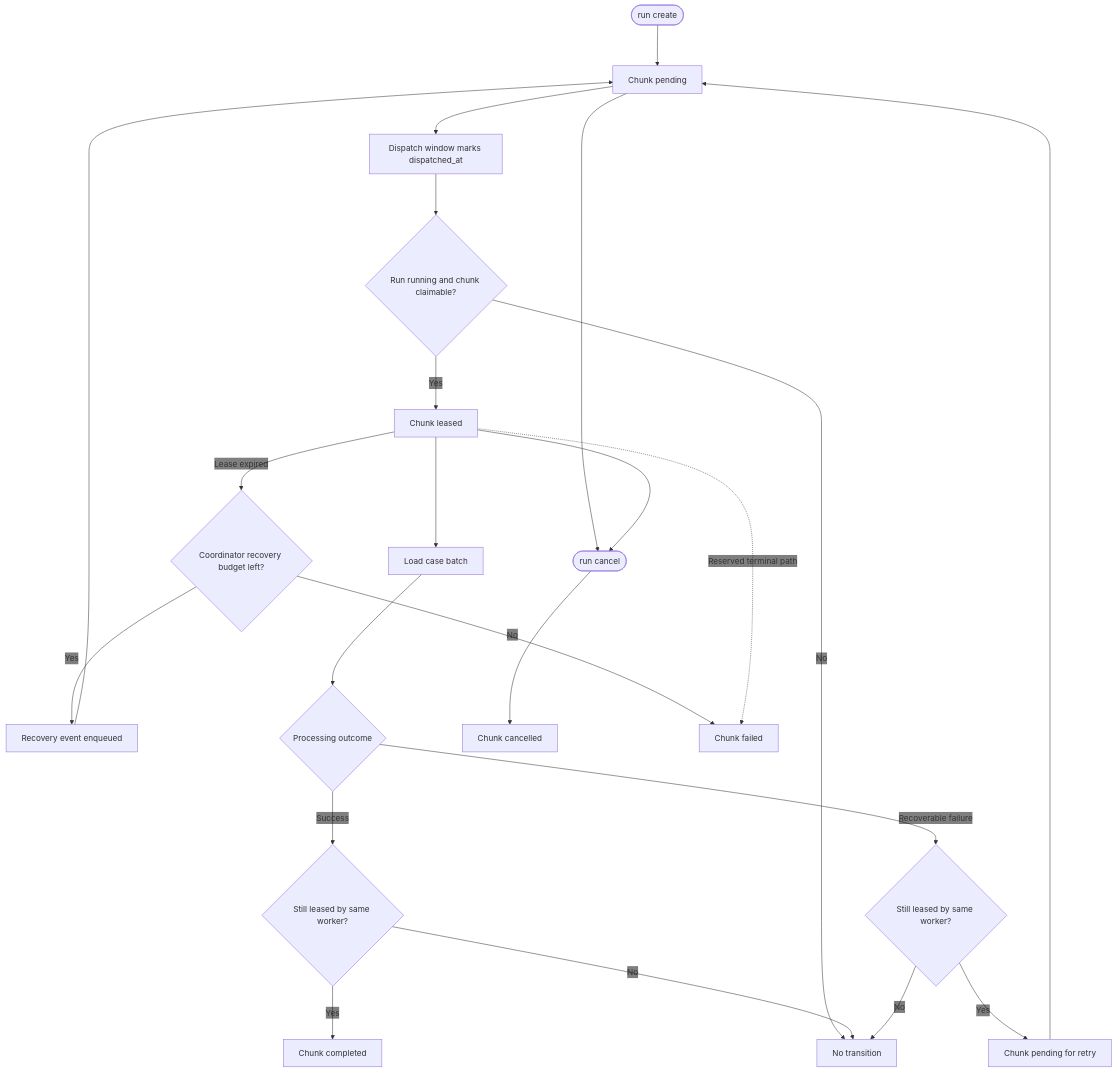
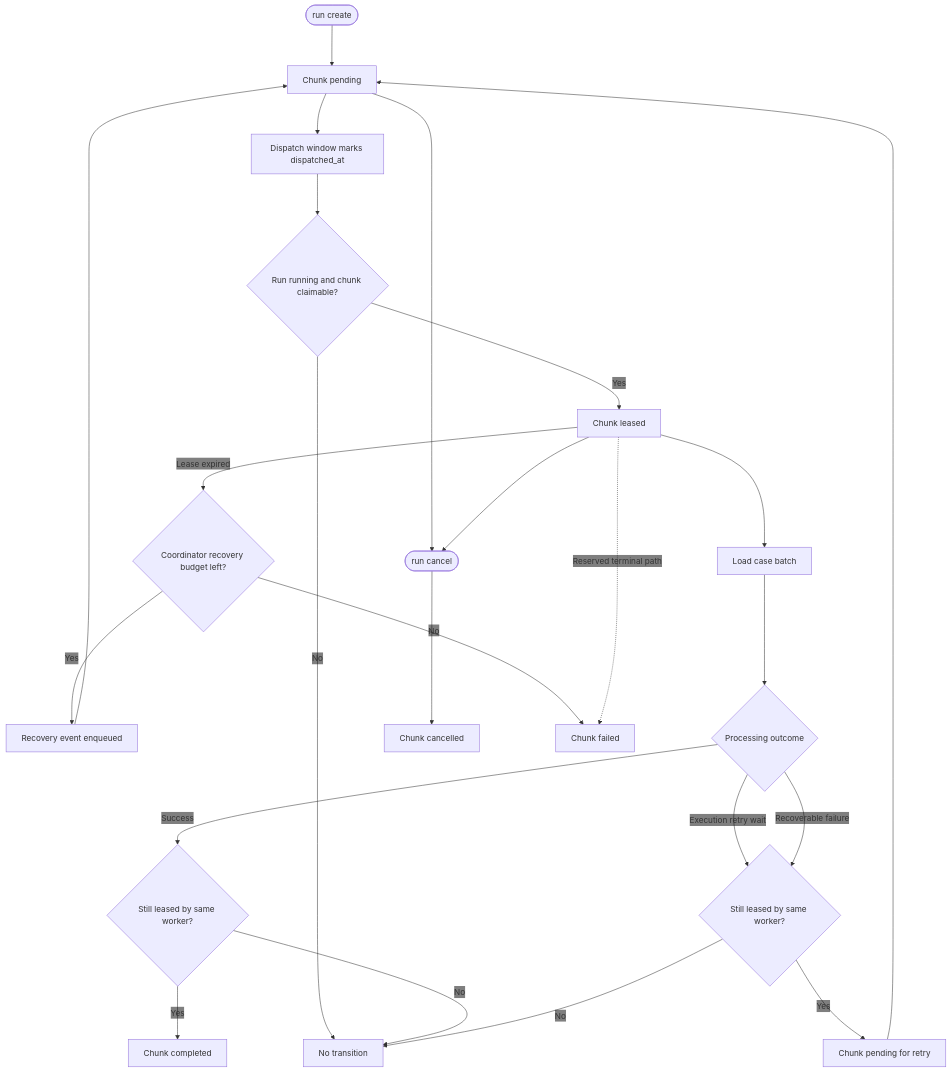
The diagram in web/docs/architecture/state/chunk-lifecycle/diagram.mmd (gregl83/agent-vigilo), drawn with Mermaid before and after one commit. The commit also changed 26 other files, not shown here.

```diff
--- a/web/docs/architecture/state/chunk-lifecycle/diagram.mmd
+++ b/web/docs/architecture/state/chunk-lifecycle/diagram.mmd
@@ -1,55 +1,56 @@
 ---
 config:
   flowchart:
     nodeSpacing: 150
     rankSpacing: 80
   themeVariables:
     edgeLabelBackground: 'transparent'
 ---
 flowchart TD
     Create([run create])
     Pending[Chunk pending]
     Dispatch[Dispatch window marks dispatched_at]
     ClaimGuard{Run running and chunk claimable?}
     Leased[Chunk leased]
     Recover{Coordinator recovery budget left?}
     RecoveryEvent[Recovery event enqueued]
     LoadCases[Load case batch]
     Process{Processing outcome}
     CompleteGuard{Still leased by same worker?}
     Completed[Chunk completed]
     ReleaseGuard{Still leased by same worker?}
     Requeued[Chunk pending for retry]
     Cancel([run cancel])
     Cancelled[Chunk cancelled]
     Failed[Chunk failed]
     Noop[No transition]
 
     Create --> Pending
 
     Pending --> Dispatch --> ClaimGuard
     Leased -->|Lease expired| Recover
     Recover -- Yes --> RecoveryEvent --> Pending
     Recover -- No --> Failed
     ClaimGuard -- Yes --> Leased --> LoadCases --> Process
     ClaimGuard -- No --> Noop
 
     Process -- Success --> CompleteGuard
     CompleteGuard -- Yes --> Completed
     CompleteGuard -- No --> Noop
 
+    Process -- Execution retry wait --> ReleaseGuard
     Process -- Recoverable failure --> ReleaseGuard
     ReleaseGuard -- Yes --> Requeued --> Pending
     ReleaseGuard -- No --> Noop
 
     Pending --> Cancel
     Leased --> Cancel
     Cancel --> Cancelled
 
     Leased -. Reserved terminal path .-> Failed
 
     class Create,Cancel command
     class Pending,Dispatch,Leased,Recover,RecoveryEvent,ClaimGuard,LoadCases,Process,CompleteGuard,ReleaseGuard,Requeued system
     class Completed success
     class Cancelled,Failed error
     class Noop component
```
